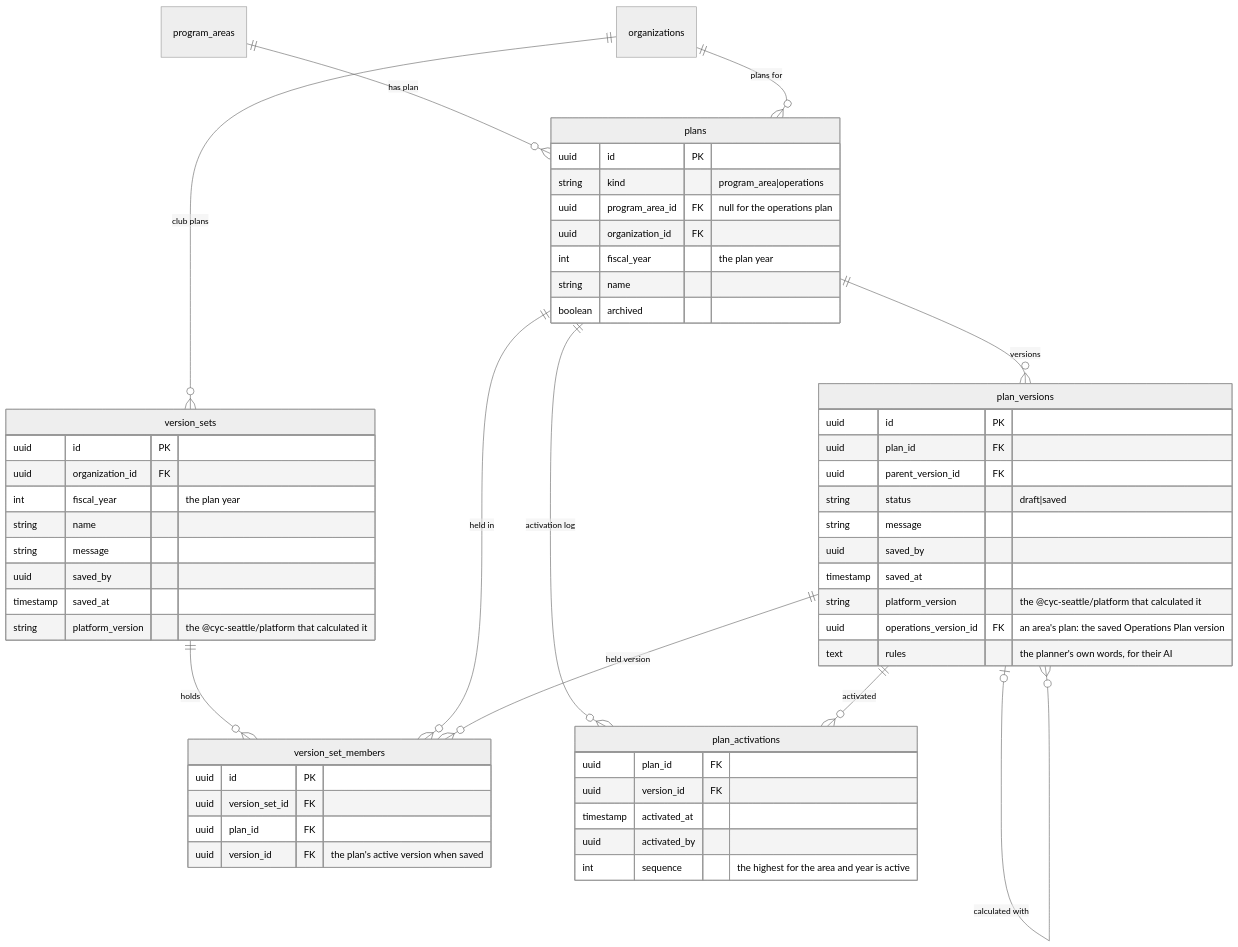
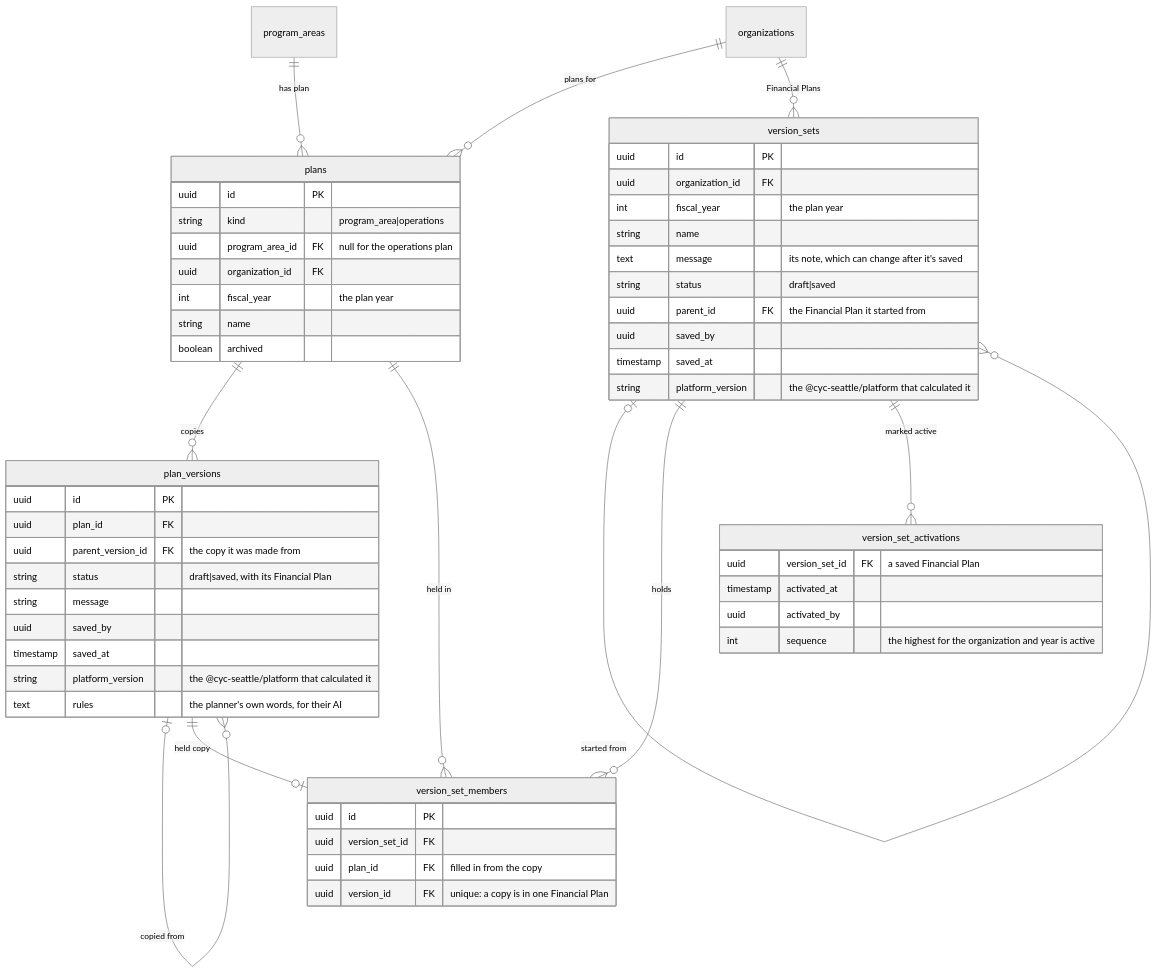
Before and after one commit to cyc-seattle/platform: the second of 6 diagrams in docs/planning-schema.md, drawn with Mermaid (neutral theme). The commit also changed other lines of this file and 3 other files, not shown here.

Commit message:
docs: Financial Plans, Program Plans, and catalog offerings in the planning docs

````diff
--- a/docs/planning-schema.md
+++ b/docs/planning-schema.md
@@ -127,59 +132,58 @@
 ```mermaid
 erDiagram
     program_areas ||--o{ plans : "has plan"
     organizations ||--o{ plans : "plans for"
-    plans ||--o{ plan_versions : versions
-    plan_versions |o--o{ plan_versions : parent
-    plan_versions |o--o{ plan_versions : "calculated with"
-    organizations ||--o{ version_sets : "club plans"
+    plans ||--o{ plan_versions : copies
+    plan_versions |o--o{ plan_versions : "copied from"
+    organizations ||--o{ version_sets : "Financial Plans"
+    version_sets |o--o{ version_sets : "started from"
     version_sets ||--o{ version_set_members : holds
     plans ||--o{ version_set_members : "held in"
-    plan_versions ||--o{ version_set_members : "held version"
-    plans ||--o{ plan_activations : "activation log"
-    plan_versions ||--o{ plan_activations : activated
+    plan_versions ||--o| version_set_members : "held copy"
+    version_sets ||--o{ version_set_activations : "marked active"
 
     plans {
         uuid id PK
         string kind "program_area|operations"
         uuid program_area_id FK "null for the operations plan"
         uuid organization_id FK
         int fiscal_year "the plan year"
         string name
         boolean archived
     }
     plan_versions {
         uuid id PK
         uuid plan_id FK
-        uuid parent_version_id FK
-        string status "draft|saved"
+        uuid parent_version_id FK "the copy it was made from"
+        string status "draft|saved, with its Financial Plan"
         string message
         uuid saved_by
         timestamp saved_at
         string platform_version "the @cyc-seattle/platform that calculated it"
-        uuid operations_version_id FK "an area's plan: the saved Operations Plan version"
         text rules "the planner's own words, for their AI"
     }
     version_sets {
         uuid id PK
         uuid organization_id FK
         int fiscal_year "the plan year"
         string name
-        string message
+        text message "its note, which can change after it's saved"
+        string status "draft|saved"
+        uuid parent_id FK "the Financial Plan it started from"
         uuid saved_by
         timestamp saved_at
         string platform_version "the @cyc-seattle/platform that calculated it"
     }
     version_set_members {
         uuid id PK
         uuid version_set_id FK
-        uuid plan_id FK
-        uuid version_id FK "the plan's active version when saved"
+        uuid plan_id FK "filled in from the copy"
+        uuid version_id FK "unique: a copy is in one Financial Plan"
     }
-    plan_activations {
-        uuid plan_id FK
-        uuid version_id FK
+    version_set_activations {
+        uuid version_set_id FK "a saved Financial Plan"
         timestamp activated_at
         uuid activated_by
-        int sequence "the highest for the area and year is active"
+        int sequence "the highest for the organization and year is active"
     }
 ```
````
